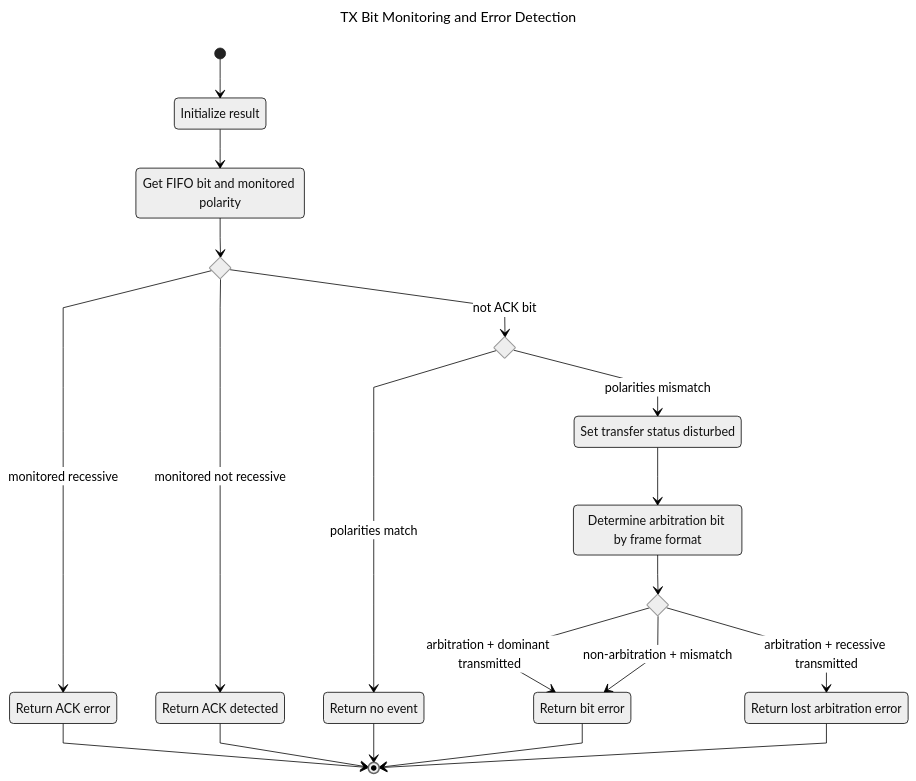
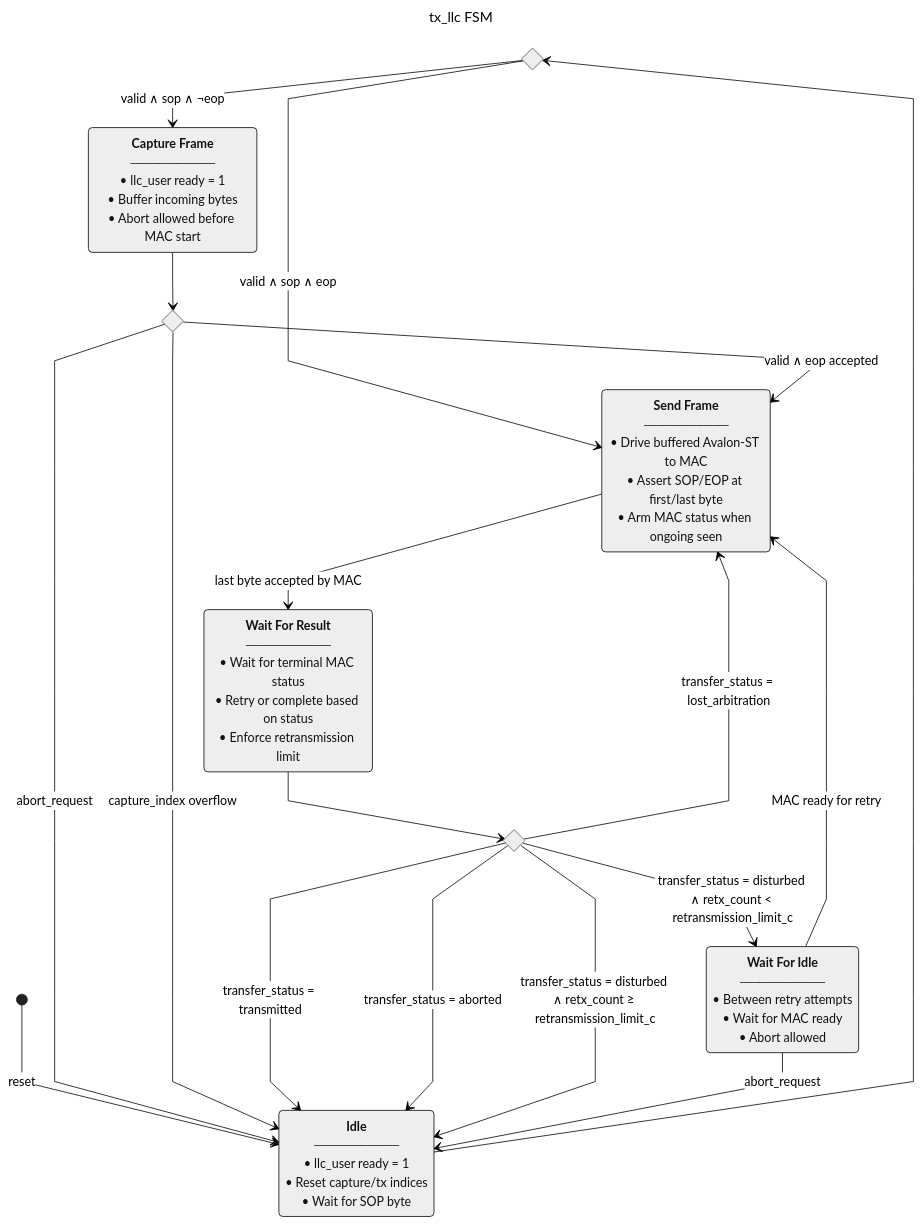
One commit to madsr2d2/beng_thesis changed the seventh of 10 diagrams in docs/report.md. Above: the diagram before and after it, drawn with Mermaid (neutral theme). The commit also changed other lines of this file and 24 other files, not shown here.

````diff
--- a/docs/report.md
+++ b/docs/report.md
@@ -372,49 +251,39 @@
 ```mermaid
 ---
-title: "TX Bit Monitoring and Error Detection"
+title: "tx_llc FSM"
 ---
 %%{init: {'flowchart': {'curve': 'linear'}, 'elk': {'algorithm': 'layered'}}}%%
 stateDiagram-v2
-  state check_ack <<choice>>
-  state check_polarity <<choice>>
-  state resolve_error <<choice>>
+  state idle_start <<choice>>
+  state capture_decision <<choice>>
+  state result_decision <<choice>>
 
-  state "Initialize result" as init_result
-  state "Get FIFO bit and monitored polarity" as get_fifo
-  state "Return ACK error" as ret_ack_error
-  state "Return ACK detected" as ret_ack_detected
-  state "Return no event" as ret_no_event
-  state "Set transfer status disturbed" as set_disturbed
-  state "Determine arbitration bit by frame format" as determine_format
-  state "Return bit error" as ret_bit_error
-  state "Return lost arbitration error" as ret_lost_arb
+  state "**Idle**<br/>─────────<br/>• llc_user ready = 1<br/>• Reset capture/tx indices<br/>• Wait for SOP byte" as idle_s
+  state "**Capture Frame**<br/>─────────<br/>• llc_user ready = 1<br/>• Buffer incoming bytes<br/>• Abort allowed before MAC start" as capture_s
+  state "**Send Frame**<br/>─────────<br/>• Drive buffered Avalon-ST to MAC<br/>• Assert SOP/EOP at first/last byte<br/>• Arm MAC status when ongoing seen" as send_s
+  state "**Wait For Result**<br/>─────────<br/>• Wait for terminal MAC status<br/>• Retry or complete based on status<br/>• Enforce retransmission limit" as result_s
+  state "**Wait For Idle**<br/>─────────<br/>• Between retry attempts<br/>• Wait for MAC ready<br/>• Abort allowed" as wait_idle_s
 
-  [*] --> init_result
+  [*] --> idle_s: reset
 
-  init_result --> get_fifo
+  idle_s --> idle_start
+  idle_start --> capture_s: valid ∧ sop ∧ ¬eop
+  idle_start --> send_s: valid ∧ sop ∧ eop
 
-  get_fifo --> check_ack
+  capture_s --> capture_decision
+  capture_decision --> send_s: valid ∧ eop accepted
+  capture_decision --> idle_s: abort_request
+  capture_decision --> idle_s: capture_index overflow
 
-  check_ack --> ret_ack_error: monitored recessive
-  check_ack --> ret_ack_detected: monitored not recessive
-  check_ack --> check_polarity: not ACK bit
+  send_s --> result_s: last byte accepted by MAC
 
-  ret_ack_error --> [*]
-  ret_ack_detected --> [*]
+  result_s --> result_decision
+  result_decision --> idle_s: transfer_status = transmitted
+  result_decision --> idle_s: transfer_status = aborted
+  result_decision --> send_s: transfer_status = lost_arbitration
+  result_decision --> wait_idle_s: transfer_status = disturbed ∧ retx_count < retransmission_limit_c
+  result_decision --> idle_s: transfer_status = disturbed ∧ retx_count ≥ retransmission_limit_c
 
-  check_polarity --> ret_no_event: polarities match
-  check_polarity --> set_disturbed: polarities mismatch
-
-  ret_no_event --> [*]
-
-  set_disturbed --> determine_format
-
-  determine_format --> resolve_error
-
-  resolve_error --> ret_bit_error: arbitration + dominant transmitted
-  resolve_error --> ret_lost_arb: arbitration + recessive transmitted
-  resolve_error --> ret_bit_error: non-arbitration + mismatch
-
-  ret_bit_error --> [*]
-  ret_lost_arb --> [*]
+  wait_idle_s --> send_s: MAC ready for retry
+  wait_idle_s --> idle_s: abort_request
 ```
````
